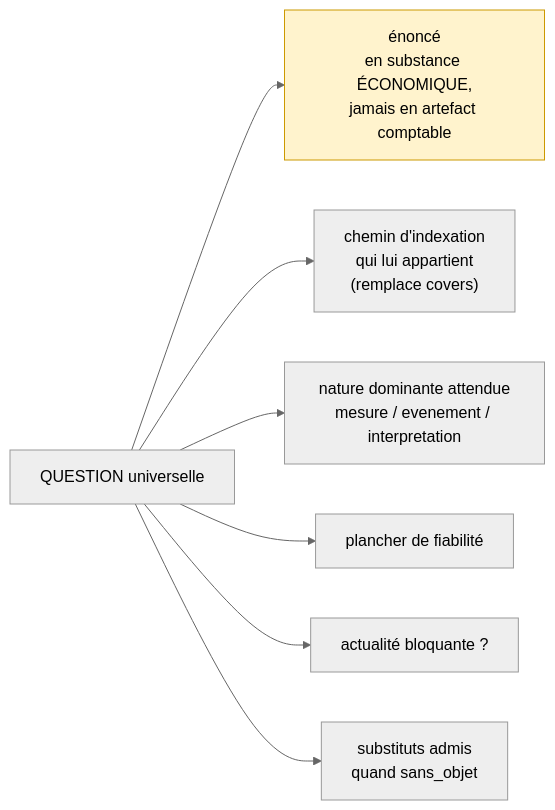
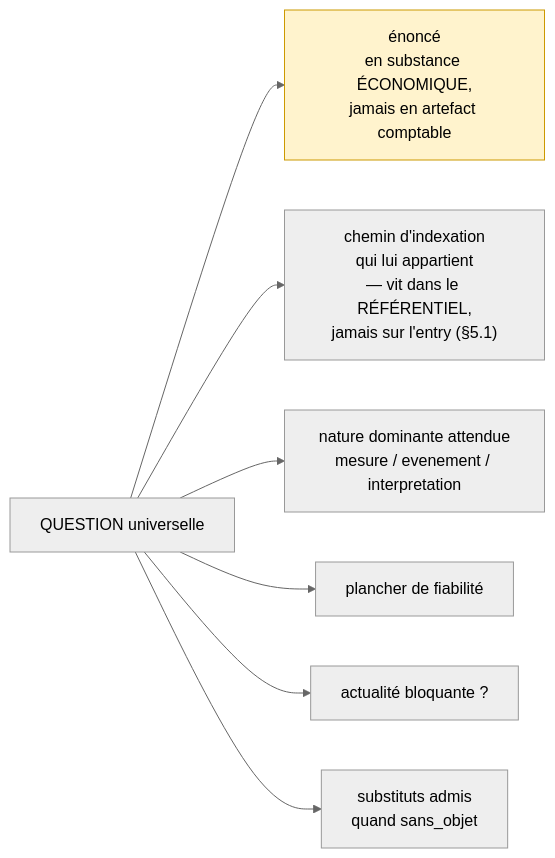
Before and after one commit to jeanlangloismeurinne/ai-vps-projects: the fourth of 15 diagrams in projects/portfolio-tracker/roadmap/03-spec-frameworks.md, drawn with Mermaid (neutral theme). The commit also changed other lines of this file and 11 other files, not shown here.

````diff
--- a/projects/portfolio-tracker/roadmap/03-spec-frameworks.md
+++ b/projects/portfolio-tracker/roadmap/03-spec-frameworks.md
@@ -293,10 +344,10 @@
 ```mermaid
 graph LR
   Q["QUESTION universelle"] --> ENON["énoncé<br/>en substance ÉCONOMIQUE,<br/>jamais en artefact comptable"]
-  Q --> CHEMIN["chemin d'indexation<br/>qui lui appartient<br/>(remplace covers)"]
+  Q --> CHEMIN["chemin d'indexation<br/>qui lui appartient<br/>— vit dans le RÉFÉRENTIEL,<br/>jamais sur l'entry (§5.1)"]
   Q --> NAT["nature dominante attendue<br/>mesure / evenement / interpretation"]
   Q --> PLANCHER["plancher de fiabilité"]
   Q --> ACTU["actualité bloquante ?"]
   Q --> SUBST["substituts admis<br/>quand sans_objet"]
   style ENON fill:#fff3cd,stroke:#c90
 ```
````
